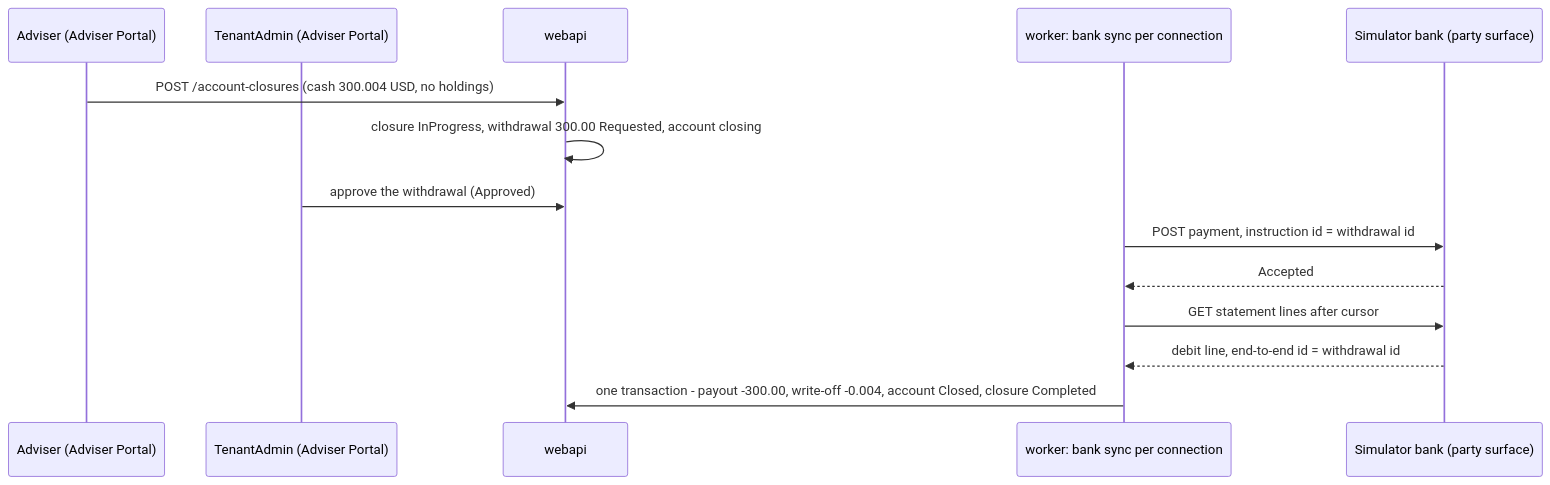
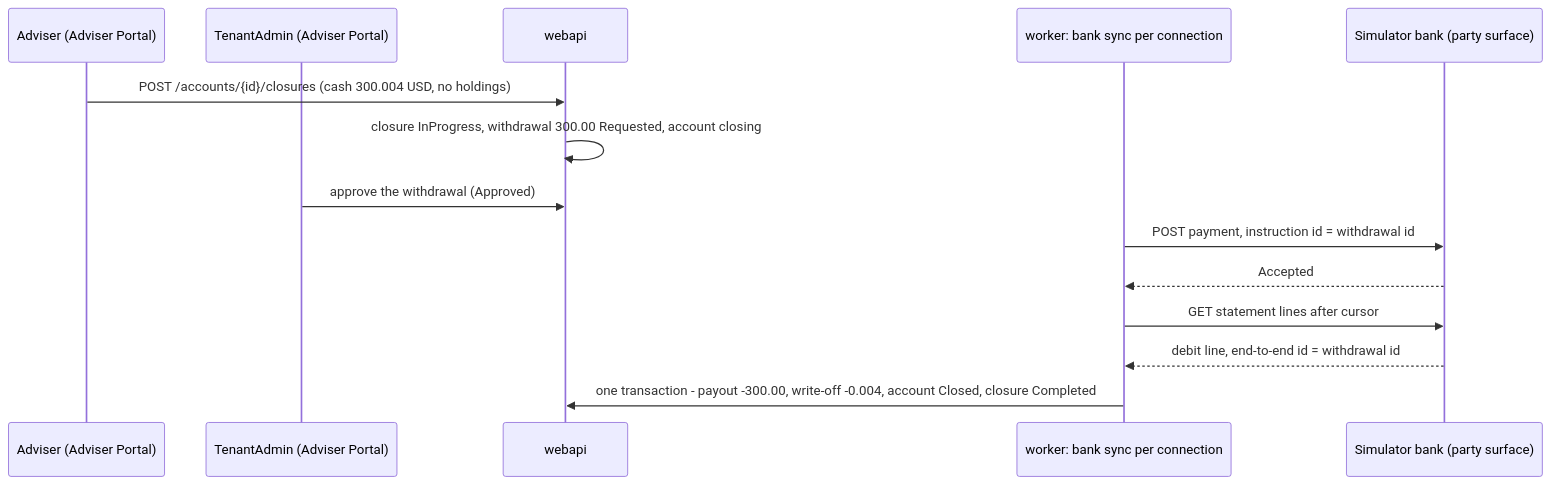
The diagram in docs/features/account-closure.md (louis297/MyWealthV2), drawn with Mermaid before and after one commit. The commit also changed other lines of this file and 3 other files, not shown here.

Commit message:
Move the account closure routes under /accounts/{accountId}/closures in the review spec

````diff
--- a/docs/features/account-closure.md
+++ b/docs/features/account-closure.md
@@ -48,16 +49,16 @@
 ```mermaid
 sequenceDiagram
   participant Adv as Adviser (Adviser Portal)
   participant TA as TenantAdmin (Adviser Portal)
   participant API as webapi
   participant Job as worker: bank sync per connection
   participant Bank as Simulator bank (party surface)
-  Adv->>API: POST /account-closures (cash 300.004 USD, no holdings)
+  Adv->>API: POST /accounts/{id}/closures (cash 300.004 USD, no holdings)
   API->>API: closure InProgress, withdrawal 300.00 Requested, account closing
   TA->>API: approve the withdrawal (Approved)
   Job->>Bank: POST payment, instruction id = withdrawal id
   Bank-->>Job: Accepted
   Job->>Bank: GET statement lines after cursor
   Bank-->>Job: debit line, end-to-end id = withdrawal id
   Job->>API: one transaction - payout -300.00, write-off -0.004, account Closed, closure Completed
 ```
````
